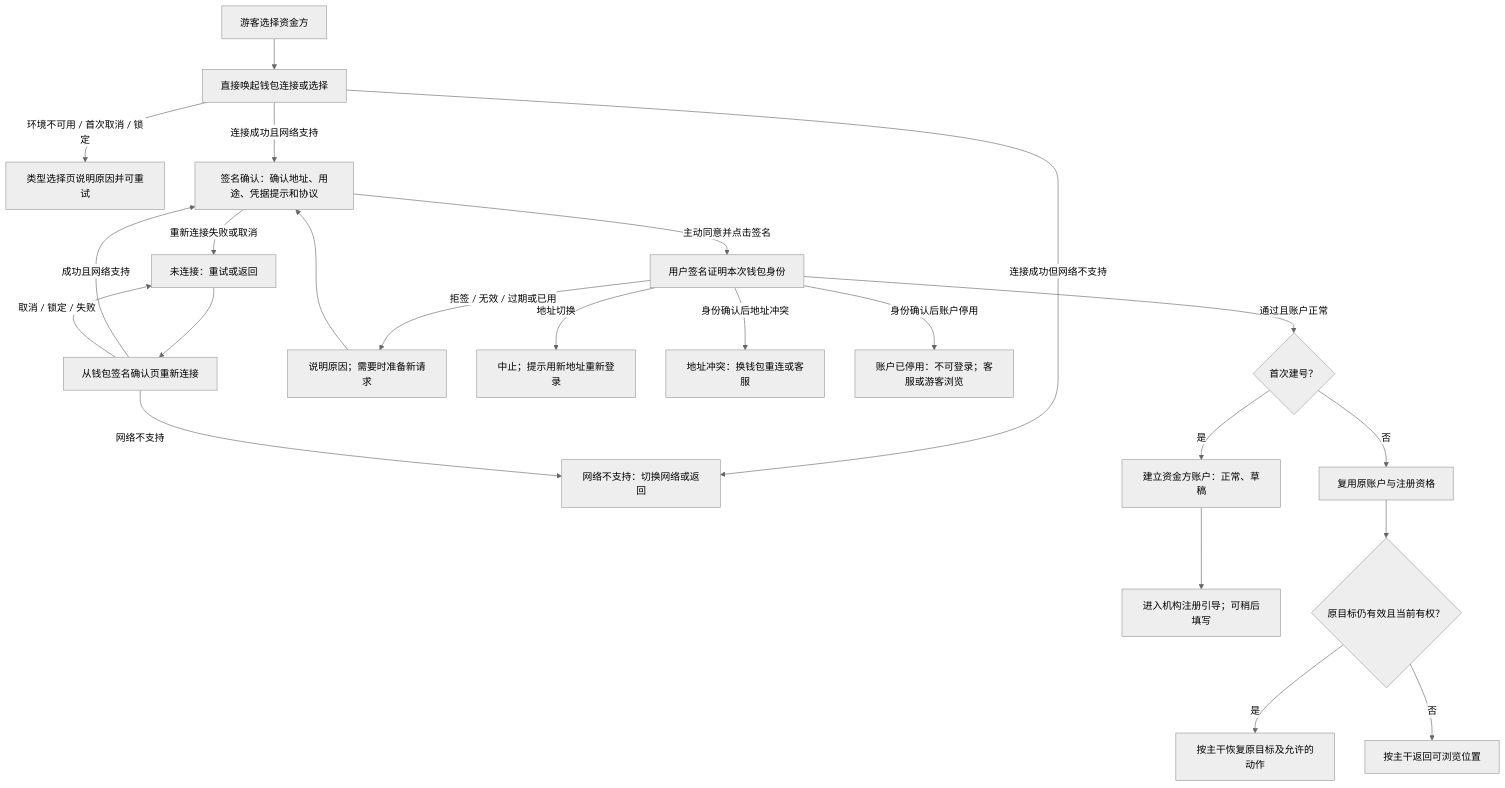
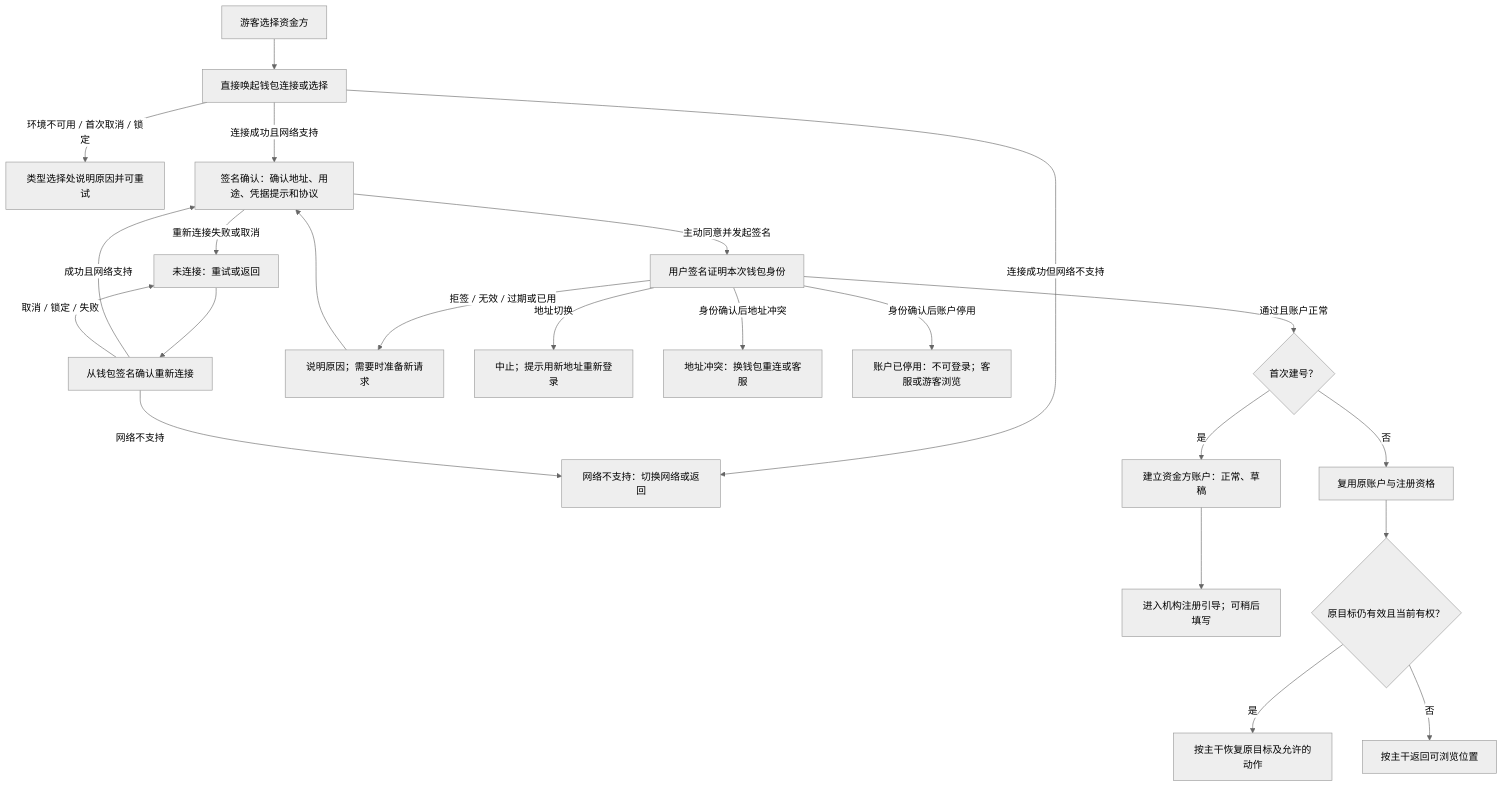
The first of 9 diagrams in lending-platform/PRD/v2.0-登录与账户体系/02-资金方登录与账户体系-流程图与状态机.md (wxblockchain/Chain-Financing), drawn with Mermaid (neutral theme) before and after one commit. The commit also changed other lines of this file and 2 other files, not shown here.

Commit message:
docs(WS-372): state funder account PRD as information needs, leave layout to design
- add the shared clause in chapter 2 and echo it in the flow and notification decks
- drop section 6.1 approved presentation constraints; keep its business part (support entry on rejection and load failure) in the support rules
- rewrite placement and component wording (pages, popups, buttons, pinning, collapsing) into information availability, ordering and destination rules
- keep numbering, permissions, empty-state semantics, copy, timing and pagination rules unchanged; no F or AC id removed or renumbered

````diff
--- a/lending-platform/PRD/v2.0-登录与账户体系/02-资金方登录与账户体系-流程图与状态机.md
+++ b/lending-platform/PRD/v2.0-登录与账户体系/02-资金方登录与账户体系-流程图与状态机.md
@@ -12,25 +14,25 @@
 ```mermaid
 flowchart TD
     A[游客选择资金方] --> B[直接唤起钱包连接或选择]
-    B -->|环境不可用 / 首次取消 / 锁定| C[类型选择页说明原因并可重试]
+    B -->|环境不可用 / 首次取消 / 锁定| C[类型选择处说明原因并可重试]
     B -->|连接成功但网络不支持| D[网络不支持：切换网络或返回]
     B -->|连接成功且网络支持| E[签名确认：确认地址、用途、凭据提示和协议]
     E -->|重新连接失败或取消| F[未连接：重试或返回]
-    F --> R[从钱包签名确认页重新连接]
+    F --> R[从钱包签名确认重新连接]
     R -->|成功且网络支持| E
     R -->|取消 / 锁定 / 失败| F
     R -->|网络不支持| D
-    E -->|主动同意并点击签名| G[用户签名证明本次钱包身份]
+    E -->|主动同意并发起签名| G[用户签名证明本次钱包身份]
     G -->|拒签 / 无效 / 过期或已用| H[说明原因；需要时准备新请求]
     H --> E
     G -->|地址切换| I[中止；提示用新地址重新登录]
     G -->|身份确认后地址冲突| J[地址冲突：换钱包重连或客服]
     G -->|身份确认后账户停用| K[账户已停用：不可登录；客服或游客浏览]
     G -->|通过且账户正常| L{首次建号？}
     L -->|是| M[建立资金方账户：正常、草稿]
     M --> N[进入机构注册引导；可稍后填写]
     L -->|否| O[复用原账户与注册资格]
     O --> P{原目标仍有效且当前有权？}
     P -->|是| Q[按主干恢复原目标及允许的动作]
     P -->|否| Z[按主干返回可浏览位置]
 ```
````
